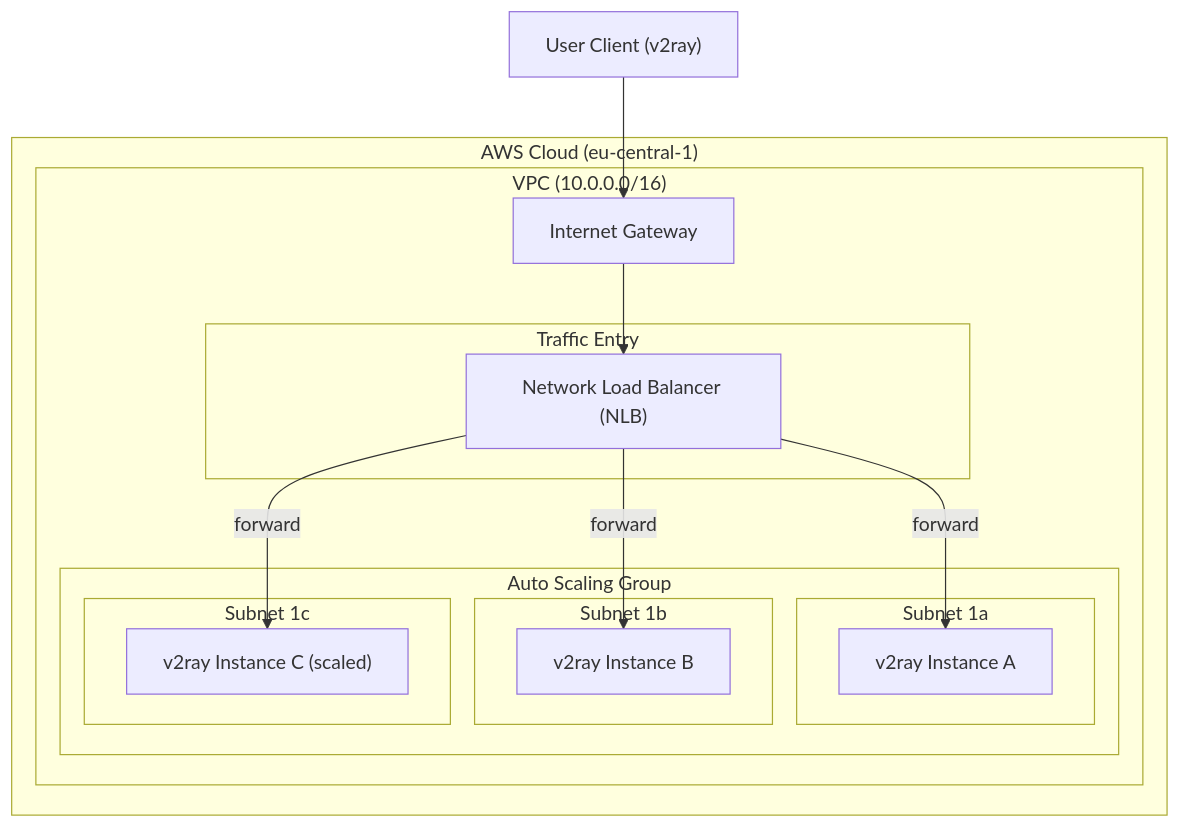
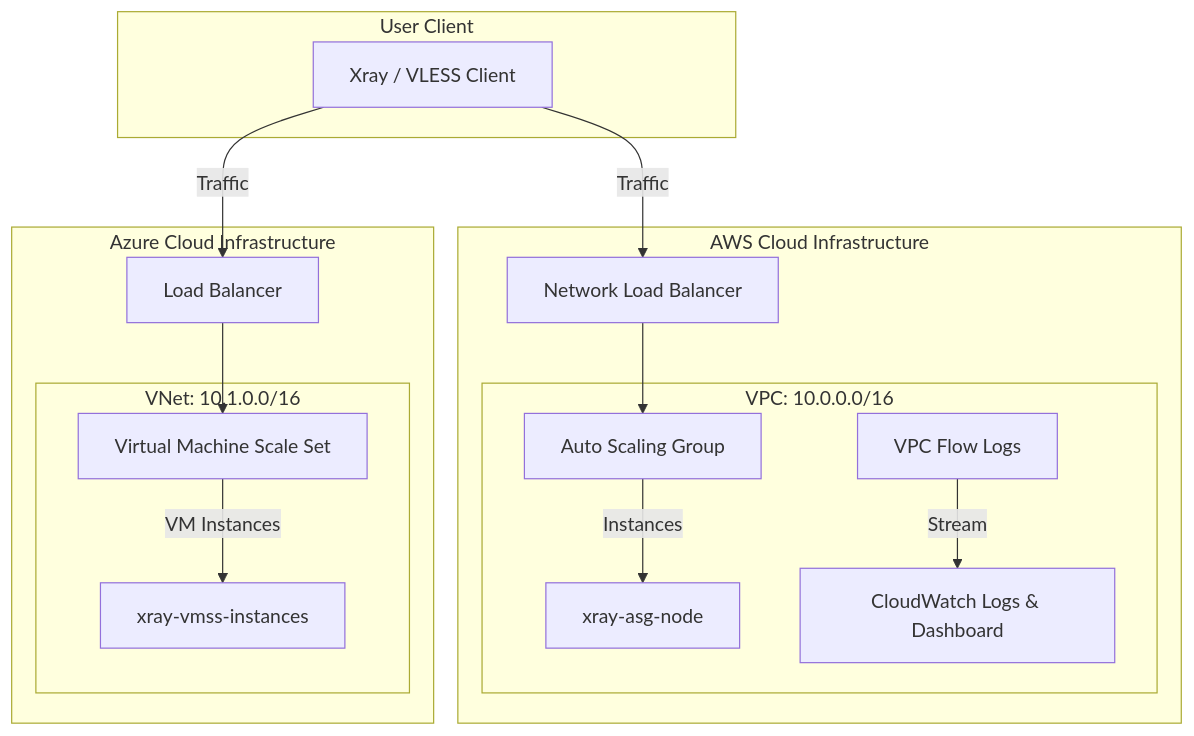
The diagram in README.md (Andreichenko/v2ray-aws), drawn with Mermaid before and after one commit. The commit also changed other lines of this file and 3 other files, not shown here.

Commit message:
infra: add equivalent Azure infrastructure stack with VMSS autoscale and update README documentation

````diff
--- a/README.md
+++ b/README.md
@@ -15,33 +14,24 @@
 ```mermaid
-graph TD
-    subgraph AWS ["AWS Cloud (eu-central-1)"]
-        subgraph VPC ["VPC (10.0.0.0/16)"]
-            IGW["Internet Gateway"]
-            
-            subgraph LoadBalancer ["Traffic Entry"]
-                NLB["Network Load Balancer (NLB)"]
-            end
-            
-            subgraph ASG ["Auto Scaling Group"]
-                subgraph SubnetA ["Subnet 1a"]
-                    EC2_A["v2ray Instance A"]
-                end
-                
-                subgraph SubnetB ["Subnet 1b"]
-                    EC2_B["v2ray Instance B"]
-                end
-                
-                subgraph SubnetC ["Subnet 1c"]
-                    EC2_C["v2ray Instance C (scaled)"]
-                end
-            end
-            
-            IGW --> NLB
-            NLB -->|forward| EC2_A
-            NLB -->|forward| EC2_B
-            NLB -->|forward| EC2_C
+flowchart TD
+    subgraph Client [User Client]
+        User[Xray / VLESS Client]
+    end
+
+    subgraph AWS [AWS Cloud Infrastructure]
+        AWS_ALB[Network Load Balancer] --> AWS_ASG[Auto Scaling Group]
+        subgraph AWS_VPC [VPC: 10.0.0.0/16]
+            AWS_ASG -->|Instances| AWS_VMs[xray-asg-node]
+            AWS_FlowLogs[VPC Flow Logs] -->|Stream| AWS_CW[CloudWatch Logs & Dashboard]
         end
     end
-    
-    User["User Client (v2ray)"] --> IGW
+
+    subgraph Azure [Azure Cloud Infrastructure]
+        AZ_LB[Load Balancer] --> AZ_VMSS[Virtual Machine Scale Set]
+        subgraph AZ_VNet [VNet: 10.1.0.0/16]
+            AZ_VMSS -->|VM Instances| AZ_VMs[xray-vmss-instances]
+        end
+    end
+
+    User -->|Traffic| AWS_ALB
+    User -->|Traffic| AZ_LB
 ```
````
